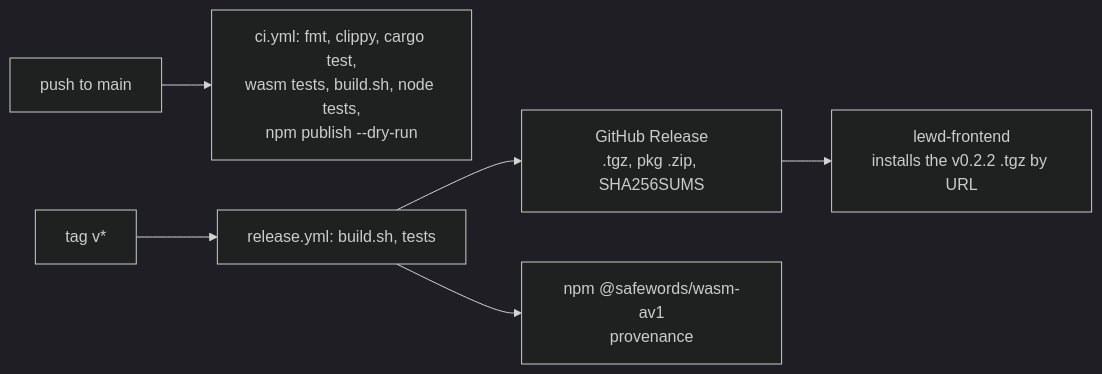
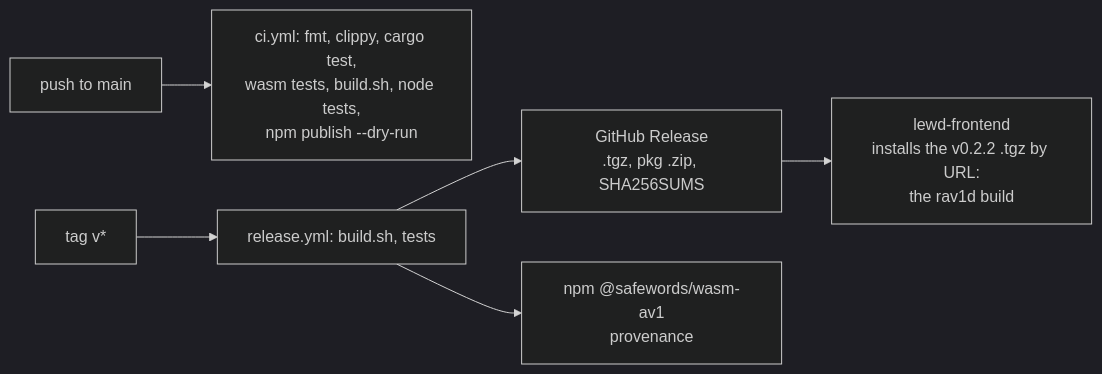
Before and after one commit to safewords/wasm-av1: the diagram in docs/features/build-and-release.md, drawn with Mermaid (dark theme). The commit also changed other lines of this file and 16 other files, not shown here.

````diff
--- a/docs/features/build-and-release.md
+++ b/docs/features/build-and-release.md
@@ -16,8 +16,8 @@
 ```mermaid
 flowchart LR
   push[push to main] --> ci[ci.yml: fmt, clippy, cargo test,<br/>wasm tests, build.sh, node tests,<br/>npm publish --dry-run]
   tag[tag v*] --> rel[release.yml: build.sh, tests]
   rel --> gh[GitHub Release<br/>.tgz, pkg .zip, SHA256SUMS]
   rel --> npm[npm @safewords/wasm-av1<br/>provenance]
-  gh --> lewd[lewd-frontend<br/>installs the v0.2.2 .tgz by URL]
+  gh --> lewd[lewd-frontend<br/>installs the v0.2.2 .tgz by URL:<br/>the rav1d build]
 ```
````
